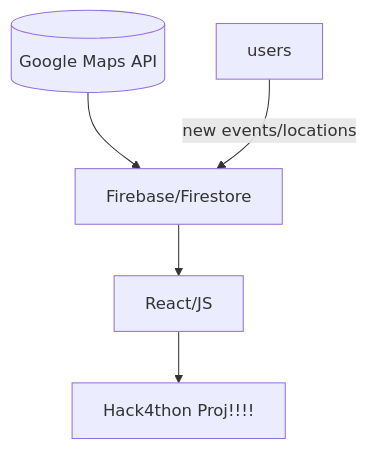
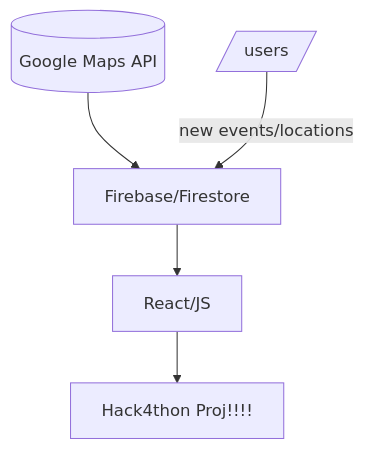
Before and after one commit to pg1211/CultureDMV: the diagram in README.md, drawn with Mermaid.

````diff
--- a/README.md
+++ b/README.md
@@ -32,8 +32,8 @@
 ```mermaid
     flowchart TD
     gm[(Google Maps API)] --> back
         back[Firebase/Firestore] --> front
         front[React/JS] --> app
         app[Hack4thon Proj!!!!]
-        users --new events/locations--> back
+        u[/users/] --new events/locations--> back
 ```
````
